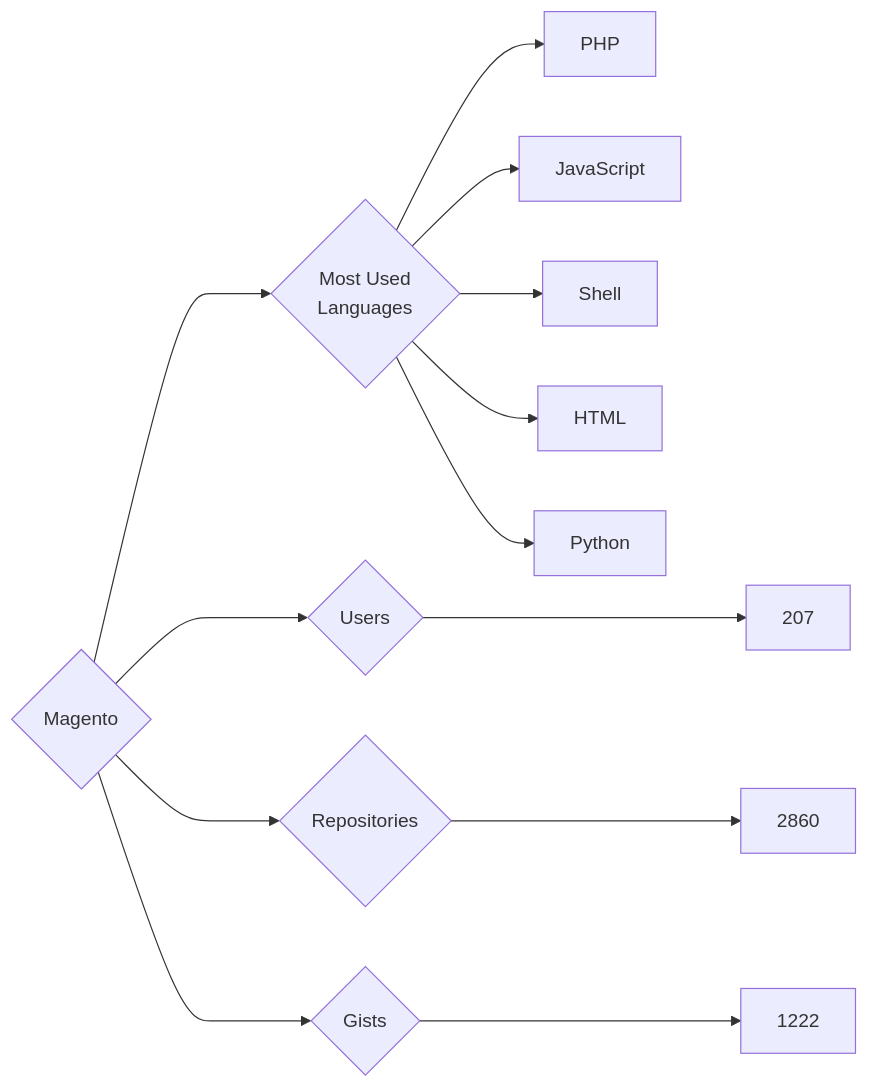
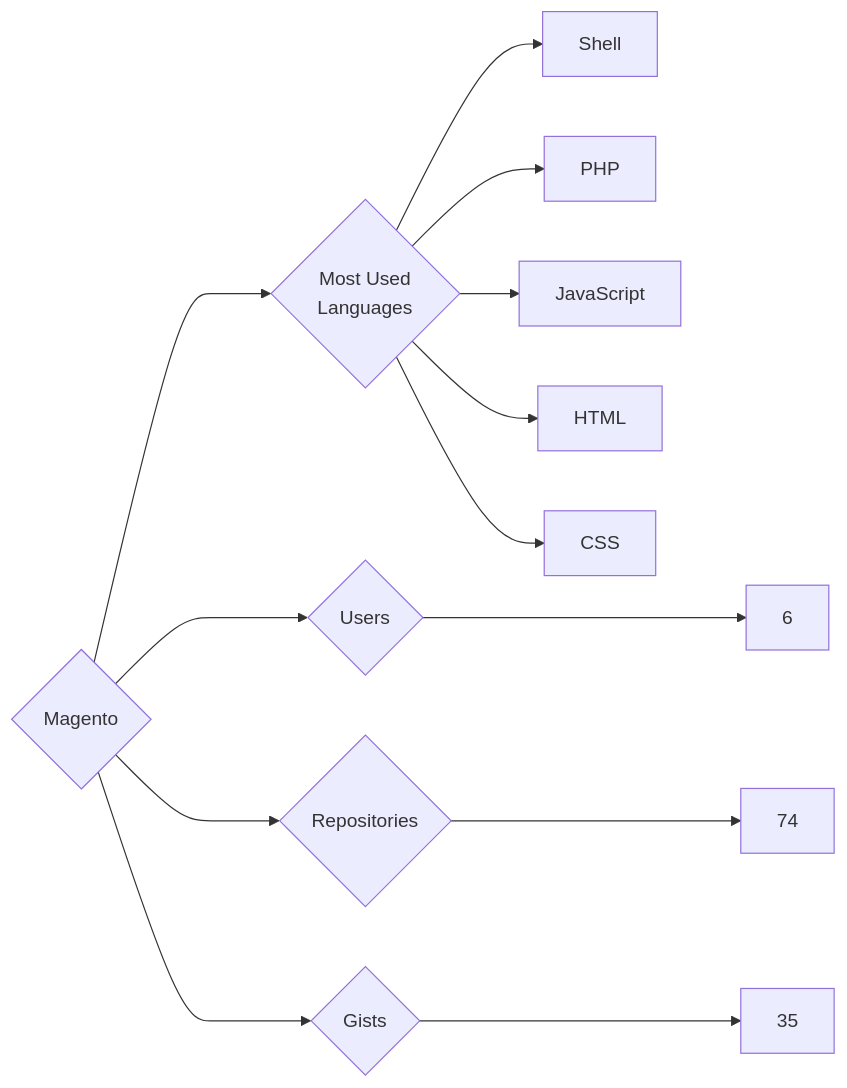
One commit to trickest/insiders changed the diagram in targets/Magento/README.md. Above: the diagram before and after it, drawn with Mermaid. The commit also changed 924 other files, not shown here.

````diff
--- a/targets/Magento/README.md
+++ b/targets/Magento/README.md
@@ -3,13 +3,13 @@
 ```mermaid
 graph LR
 COMPANY_NAME{Magento}
-COMPANY_NAME ---> U{Users} ---> UN[207]
-COMPANY_NAME ---> R{Repositories} ---> RN[2860]
-COMPANY_NAME ---> G{Gists} ---> GN[1222]
+COMPANY_NAME ---> U{Users} ---> UN[6]
+COMPANY_NAME ---> R{Repositories} ---> RN[74]
+COMPANY_NAME ---> G{Gists} ---> GN[35]
 COMPANY_NAME ---> ML{Most Used<br>Languages}
+ML --> Shell[Shell]
 ML --> PHP[PHP]
 ML --> JavaScript[JavaScript]
-ML --> Shell[Shell]
 ML --> HTML[HTML]
-ML --> Python[Python]
+ML --> CSS[CSS]
 ```
````
